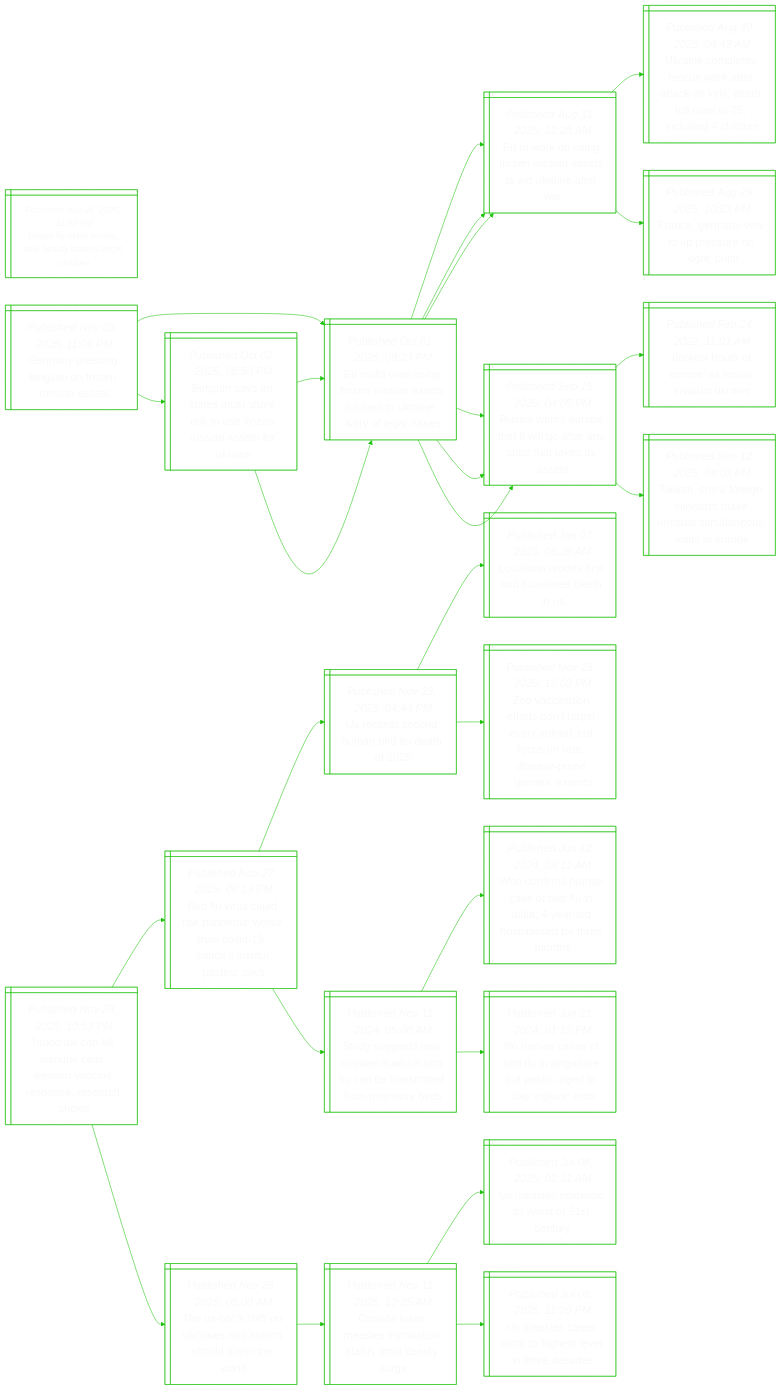
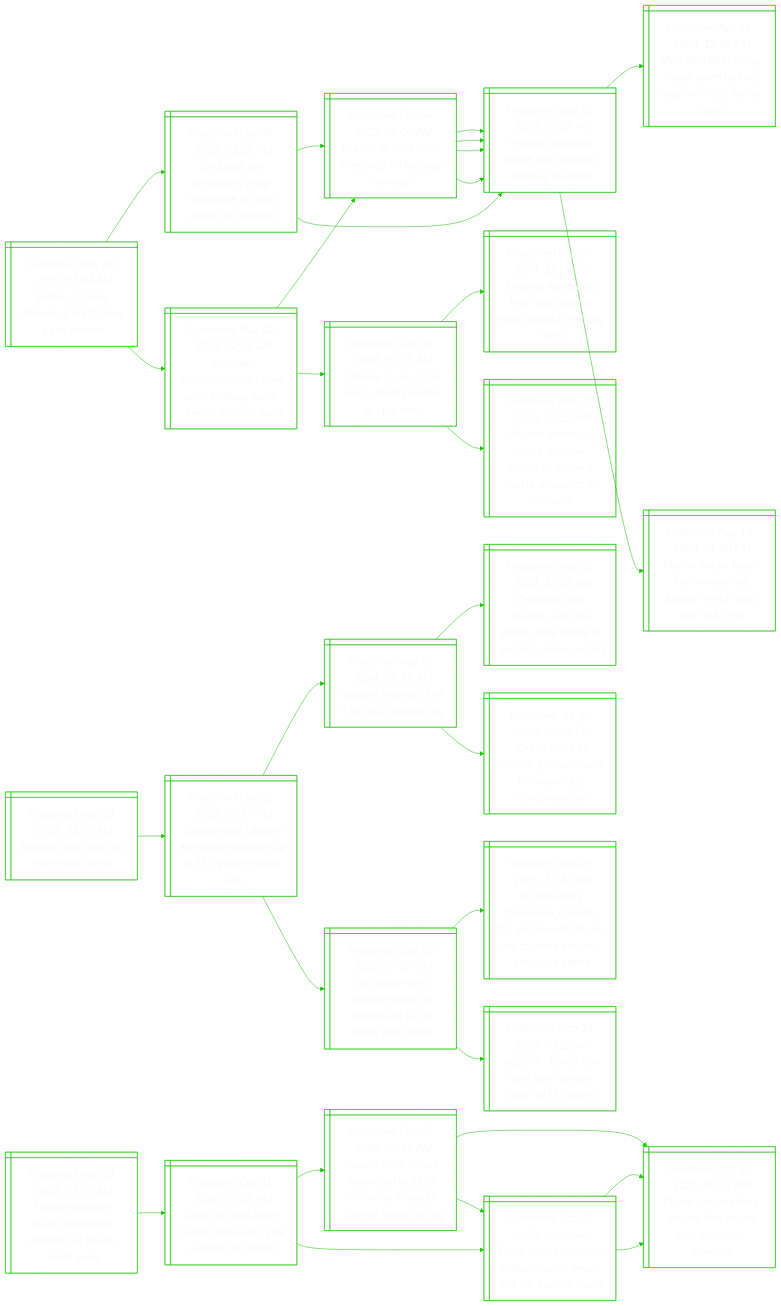
Before and after one commit to notJmes/notJmes: the diagram in README.md, drawn with Mermaid. The commit also changed other lines of this file, not shown here.

````diff
--- a/README.md
+++ b/README.md
@@ -16,91 +16,100 @@
 flowchart LR
 classDef txtsize font-size:20px;
 
-Dnkrnarttd@{ shape: win-pane, label: "_Published Nov 28, 2025, 11:20 PM_
-Driven by tiktok trends, new beauty brands target children" }
+Bgcsftuie@{ shape: win-pane, label: "_Published Nov 29, 2025, 03:44 AM_
+Bedbugs force closure of prestigious paris cinema" }
+Bgbiidiialc@{ shape: win-pane, label: "_Published Oct 04, 2023, 03:25 PM_
+Bedbugs are becoming a big headache in paris ahead of olympics" }
+Felsesdce@{ shape: win-pane, label: "_Published Oct 04, 2023, 09:00 AM_
+France to hold crisis meetings on bedbug ‘scourge’" }
+Fecapgtua@{ shape: win-pane, label: "_Published Sep 30, 2023, 03:52 PM_
+France launches battle plan against bedbug invasion" }
+Fecapgtua@{ shape: win-pane, label: "_Published Sep 30, 2023, 03:52 PM_
+France launches battle plan against bedbug invasion" }
+Fecapgtua@{ shape: win-pane, label: "_Published Sep 30, 2023, 03:52 PM_
+France launches battle plan against bedbug invasion" }
+Meenevesjas@{ shape: win-pane, label: "_Published Apr 16, 2023, 12:58 PM_
+Man died after being ‘eaten alive’ by bed bugs in us jail, family says" }
+MBieeaneoetce@{ shape: win-pane, label: "_Published Aug 14, 2023, 01:40 PM_
+Man in britain faces life-threatening allergy to red meat after tick bites" }
+Raimndsurnnr@{ shape: win-pane, label: "_Published Mar 02, 2024, 02:38 AM_
+Russian ‘disinformation’ hyped paris bedbug scare, french minister says" }
+Felsesdce@{ shape: win-pane, label: "_Published Oct 04, 2023, 09:00 AM_
+France to hold crisis meetings on bedbug ‘scourge’" }
+Fecapgtua@{ shape: win-pane, label: "_Published Sep 30, 2023, 03:52 PM_
+France launches battle plan against bedbug invasion" }
+Fecapgtua@{ shape: win-pane, label: "_Published Sep 30, 2023, 03:52 PM_
+France launches battle plan against bedbug invasion" }
+Unsinimnls@{ shape: win-pane, label: "_Published Feb 28, 2024, 01:25 AM_
+Ukraine says russia using disinformation to split west" }
+UnhstlsAvly@{ shape: win-pane, label: "_Published Feb 27, 2024, 11:02 PM_
+Ukraine withdraws from two villages near avdiivka, military says" }
+PdsueYtmuacUn@{ shape: win-pane, label: "_Published Feb 27, 2024, 07:22 AM_
+Poland warns us house speaker: you’re to blame if russia advances in ukraine" }
 
+Bgcsftuie:::txtsize --> Bgbiidiialc:::txtsize
+Bgbiidiialc:::txtsize --> Felsesdce:::txtsize
+Felsesdce:::txtsize --> Fecapgtua:::txtsize
+Felsesdce:::txtsize --> Fecapgtua:::txtsize
+Bgbiidiialc:::txtsize --> Fecapgtua:::txtsize
+Fecapgtua:::txtsize --> Meenevesjas:::txtsize
+Fecapgtua:::txtsize --> MBieeaneoetce:::txtsize
+Bgcsftuie:::txtsize --> Raimndsurnnr:::txtsize
+Raimndsurnnr:::txtsize --> Felsesdce:::txtsize
+Felsesdce:::txtsize --> Fecapgtua:::txtsize
+Felsesdce:::txtsize --> Fecapgtua:::txtsize
+Raimndsurnnr:::txtsize --> Unsinimnls:::txtsize
+Unsinimnls:::txtsize --> UnhstlsAvly:::txtsize
+Unsinimnls:::txtsize --> PdsueYtmuacUn:::txtsize
 
-GnsBurRae@{ shape: win-pane, label: "_Published Nov 28, 2025, 11:06 PM_
-Germany pressing belgium on frozen russian assets" }
-Elrgessfakeoau@{ shape: win-pane, label: "_Published Oct 01, 2025, 09:29 PM_
-Eu mulls over using frozen russian assets for loan to ukraine, wary of legal issues" }
-Eoufnisoker@{ shape: win-pane, label: "_Published Aug 31, 2025, 12:28 AM_
-Eu to work on using frozen russian assets to aid ukraine after war" }
-Unpsukrcyaleniin@{ shape: win-pane, label: "_Published Aug 30, 2025, 04:43 AM_
-Ukraine completes rescue work after attack on kyiv; death toll rises to 25, including 4 children" }
-Feawpuou@{ shape: win-pane, label: "_Published Aug 29, 2025, 10:53 PM_
-France, germany vow to up pressure on ‘ogre’ putin" }
-Rasptlfnttss@{ shape: win-pane, label: "_Published Sep 15, 2025, 04:05 PM_
-Russia warns europe that it will go after any state that takes its assets" }
-DsruasvUn@{ shape: win-pane, label: "_Published Feb 24, 2022, 11:01 AM_
-'darkest hours of europe' as russia invades ukraine" }
-Tnainreumnvsr@{ shape: win-pane, label: "_Published Sep 12, 2025, 04:03 PM_
-Taiwan, china foreign ministers make unusual simultaneous visits to europe" }
-Busauasszsaske@{ shape: win-pane, label: "_Published Oct 02, 2025, 08:50 PM_
-Belgium says eu states must share risk to use frozen russian assets for ukraine" }
-Elrgessfakeoau@{ shape: win-pane, label: "_Published Oct 01, 2025, 09:29 PM_
-Eu mulls over using frozen russian assets for loan to ukraine, wary of legal issues" }
-Eoufnisoker@{ shape: win-pane, label: "_Published Aug 31, 2025, 12:28 AM_
-Eu to work on using frozen russian assets to aid ukraine after war" }
-Rasptlfnttss@{ shape: win-pane, label: "_Published Sep 15, 2025, 04:05 PM_
-Russia warns europe that it will go after any state that takes its assets" }
-Elrgessfakeoau@{ shape: win-pane, label: "_Published Oct 01, 2025, 09:29 PM_
-Eu mulls over using frozen russian assets for loan to ukraine, wary of legal issues" }
-Eoufnisoker@{ shape: win-pane, label: "_Published Aug 31, 2025, 12:28 AM_
-Eu to work on using frozen russian assets to aid ukraine after war" }
-Rasptlfnttss@{ shape: win-pane, label: "_Published Sep 15, 2025, 04:05 PM_
-Russia warns europe that it will go after any state that takes its assets" }
+Feguutmfrsg@{ shape: win-pane, label: "_Published Nov 29, 2025, 03:15 AM_
+France charges fourth suspected member of louvre heist gang" }
+Coievitecjs@{ shape: win-pane, label: "_Published Oct 31, 2025, 07:06 PM_
+Count of paris urges louvre thieves to ‘give us back our jewels’" }
+Leteidlaerrsl@{ shape: win-pane, label: "_Published Oct 22, 2025, 02:52 AM_
+Louvre heist losses estimated at $133 million as museum director faces grilling" }
+Ptineluiisey@{ shape: win-pane, label: "_Published Oct 19, 2025, 05:51 PM_
+Power tool-wielding thieves flee louvre with ‘priceless’ jewellery" }
+PLeubhwitea@{ shape: win-pane, label: "_Published Oct 20, 2025, 02:36 AM_
+Paris’ louvre museum robbery: what jewels did the thieves steal?" }
+PLeubhwitea@{ shape: win-pane, label: "_Published Oct 20, 2025, 02:36 AM_
+Paris’ louvre museum robbery: what jewels did the thieves steal?" }
+Ptineluiisey@{ shape: win-pane, label: "_Published Oct 19, 2025, 05:51 PM_
+Power tool-wielding thieves flee louvre with ‘priceless’ jewellery" }
+Ptineluiisey@{ shape: win-pane, label: "_Published Oct 19, 2025, 05:51 PM_
+Power tool-wielding thieves flee louvre with ‘priceless’ jewellery" }
 
-GnsBurRae:::txtsize --> Elrgessfakeoau:::txtsize
-Elrgessfakeoau:::txtsize --> Eoufnisoker:::txtsize
-Eoufnisoker:::txtsize --> Unpsukrcyaleniin:::txtsize
-Eoufnisoker:::txtsize --> Feawpuou:::txtsize
-Elrgessfakeoau:::txtsize --> Rasptlfnttss:::txtsize
-Rasptlfnttss:::txtsize --> DsruasvUn:::txtsize
-Rasptlfnttss:::txtsize --> Tnainreumnvsr:::txtsize
-GnsBurRae:::txtsize --> Busauasszsaske:::txtsize
-Busauasszsaske:::txtsize --> Elrgessfakeoau:::txtsize
-Elrgessfakeoau:::txtsize --> Eoufnisoker:::txtsize
-Elrgessfakeoau:::txtsize --> Rasptlfnttss:::txtsize
-Busauasszsaske:::txtsize --> Elrgessfakeoau:::txtsize
-Elrgessfakeoau:::txtsize --> Eoufnisoker:::txtsize
-Elrgessfakeoau:::txtsize --> Rasptlfnttss:::txtsize
+Feguutmfrsg:::txtsize --> Coievitecjs:::txtsize
+Coievitecjs:::txtsize --> Leteidlaerrsl:::txtsize
+Leteidlaerrsl:::txtsize --> Ptineluiisey:::txtsize
+Leteidlaerrsl:::txtsize --> PLeubhwitea:::txtsize
+Coievitecjs:::txtsize --> PLeubhwitea:::txtsize
+PLeubhwitea:::txtsize --> Ptineluiisey:::txtsize
+PLeubhwitea:::txtsize --> Ptineluiisey:::txtsize
 
-Toalnlkcrnshs@{ shape: win-pane, label: "_Published Nov 28, 2025, 10:53 PM_
-Tattoo ink can kill immune cells, weaken vaccine response, research shows" }
-BlulkeohvaItss@{ shape: win-pane, label: "_Published Nov 27, 2025, 08:13 PM_
-Bird flu virus could risk pandemic worse than covid-19, france’s institut pasteur says" }
-Uoehblt@{ shape: win-pane, label: "_Published Nov 23, 2025, 04:44 PM_
-Us records second human bird flu death of 2025" }
-Liestfldi@{ shape: win-pane, label: "_Published Jan 07, 2025, 06:26 AM_
-Louisiana reports first bird flu-related death in us" }
-ZctfsttyafoeaoeEt@{ shape: win-pane, label: "_Published Nov 23, 2025, 12:00 PM_
-Zoo vaccination efforts don’t target every animal, but focus on rare, disease-prone species: experts" }
-Ssswehiuesemab@{ shape: win-pane, label: "_Published Nov 11, 2024, 05:00 AM_
-Study suggests new manner in which bird flu can be transmitted from migratory birds" }
-Wnsnodnaoslfrn@{ shape: win-pane, label: "_Published Jun 12, 2024, 09:12 AM_
-Who confirms human case of bird flu in india; 4-year-old hospitalised for three months" }
-NaeiunrpcdaiM@{ shape: win-pane, label: "_Published Jun 21, 2024, 01:15 PM_
-No human cases of bird flu in singapore but public urged to stay vigilant: moh" }
-TChniniolhl@{ shape: win-pane, label: "_Published Nov 26, 2025, 05:00 AM_
-The us cdc’s shift on vaccines and autism should alarm the world" }
-Caslittaes@{ shape: win-pane, label: "_Published Nov 11, 2025, 12:25 AM_
-Canada loses measles elimination status amid deadly surge" }
-Uspiwoey@{ shape: win-pane, label: "_Published Jul 08, 2025, 02:51 AM_
-Us measles epidemic its worst of 21st century" }
-Usaloevtde@{ shape: win-pane, label: "_Published Jul 09, 2025, 11:20 PM_
-Us measles cases climb to highest level in three decades" }
+Snwitai@{ shape: win-pane, label: "_Published Nov 29, 2025, 03:00 AM_
+Sweden runs war drill with royal family" }
+Snkexdooehe@{ shape: win-pane, label: "_Published Oct 22, 2025, 09:37 PM_
+Sweden and ukraine eye export deal for up to 150 gripen fighter jets" }
+UnefFoia@{ shape: win-pane, label: "_Published Aug 01, 2024, 06:14 AM_
+Ukraine receives first f-16 jets, officials say" }
+Zsyanwwuaoam@{ shape: win-pane, label: "_Published Aug 01, 2024, 12:29 AM_
+Zelensky says ukraine, and the world, want russia at second peace summit" }
+Caoiranidei@{ shape: win-pane, label: "_Published Jul 31, 2024, 10:33 PM_
+Czech army to receive german tanks in ukraine aid compensation" }
+Uosiuartdns@{ shape: win-pane, label: "_Published Sep 29, 2025, 07:10 PM_
+Us envoy says ukraine could be authorised to ‘hit deep’ into russia" }
+UsshieUnhpotnlse@{ shape: win-pane, label: "_Published Sep 29, 2025, 12:43 AM_
+Us considers tomahawk missiles for ukraine with trump set to make the final call, says vance" }
+BiuwKablke@{ shape: win-pane, label: "_Published Sep 24, 2025, 03:22 AM_
+‘big shift’: trump now says kyiv can win back ‘all of ukraine’" }
 
-Toalnlkcrnshs:::txtsize --> BlulkeohvaItss:::txtsize
-BlulkeohvaItss:::txtsize --> Uoehblt:::txtsize
-Uoehblt:::txtsize --> Liestfldi:::txtsize
-Uoehblt:::txtsize --> ZctfsttyafoeaoeEt:::txtsize
-BlulkeohvaItss:::txtsize --> Ssswehiuesemab:::txtsize
-Ssswehiuesemab:::txtsize --> Wnsnodnaoslfrn:::txtsize
-Ssswehiuesemab:::txtsize --> NaeiunrpcdaiM:::txtsize
-Toalnlkcrnshs:::txtsize --> TChniniolhl:::txtsize
-TChniniolhl:::txtsize --> Caslittaes:::txtsize
-Caslittaes:::txtsize --> Uspiwoey:::txtsize
-Caslittaes:::txtsize --> Usaloevtde:::txtsize
+Snwitai:::txtsize --> Snkexdooehe:::txtsize
+Snkexdooehe:::txtsize --> UnefFoia:::txtsize
+UnefFoia:::txtsize --> Zsyanwwuaoam:::txtsize
+UnefFoia:::txtsize --> Caoiranidei:::txtsize
+Snkexdooehe:::txtsize --> Uosiuartdns:::txtsize
+Uosiuartdns:::txtsize --> UsshieUnhpotnlse:::txtsize
+Uosiuartdns:::txtsize --> BiuwKablke:::txtsize
 
 ```
````
